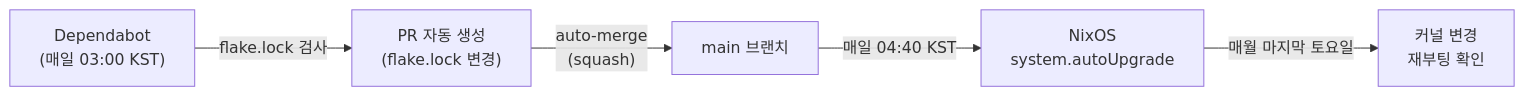
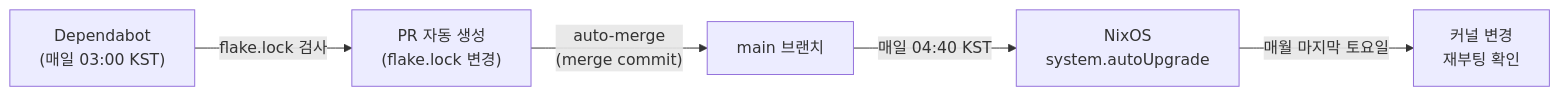
One commit to SBEE-Lab/infra changed the third of 3 diagrams in docs/admin/ci-cd.md. Above: the diagram before and after it, drawn with Mermaid. The commit also changed other lines of this file and 11 other files, not shown here.

````diff
--- a/docs/admin/ci-cd.md
+++ b/docs/admin/ci-cd.md
@@ -100,7 +124,7 @@
 ```mermaid
 flowchart LR
   cron["Dependabot<br/>(매일 03:00 KST)"] -- "flake.lock 검사" --> pr["PR 자동 생성<br/>(flake.lock 변경)"]
-  pr -- "auto-merge<br/>(squash)" --> main["main 브랜치"]
+  pr -- "auto-merge<br/>(merge commit)" --> main["main 브랜치"]
   main -- "매일 04:40 KST" --> upgrade["NixOS<br/>system.autoUpgrade"]
   upgrade -- "매월 마지막 토요일" --> reboot["커널 변경<br/>재부팅 확인"]
 ```
````
